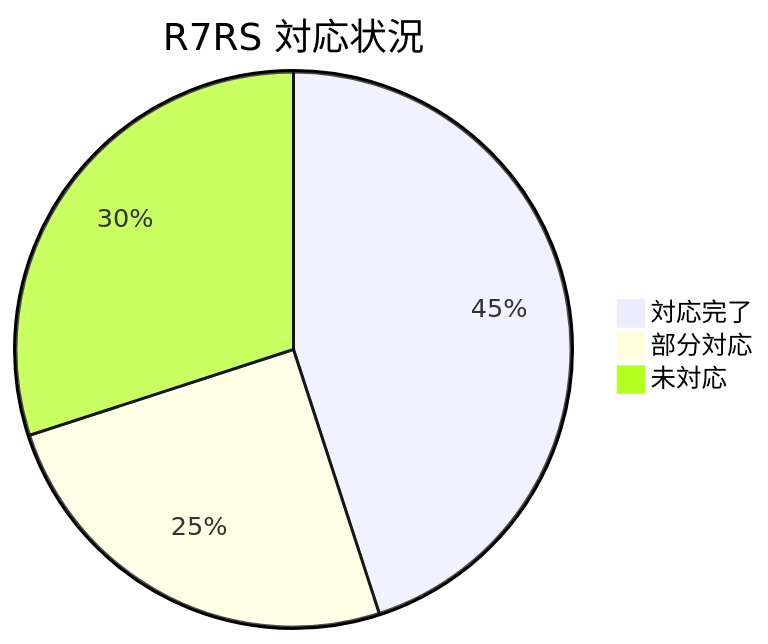
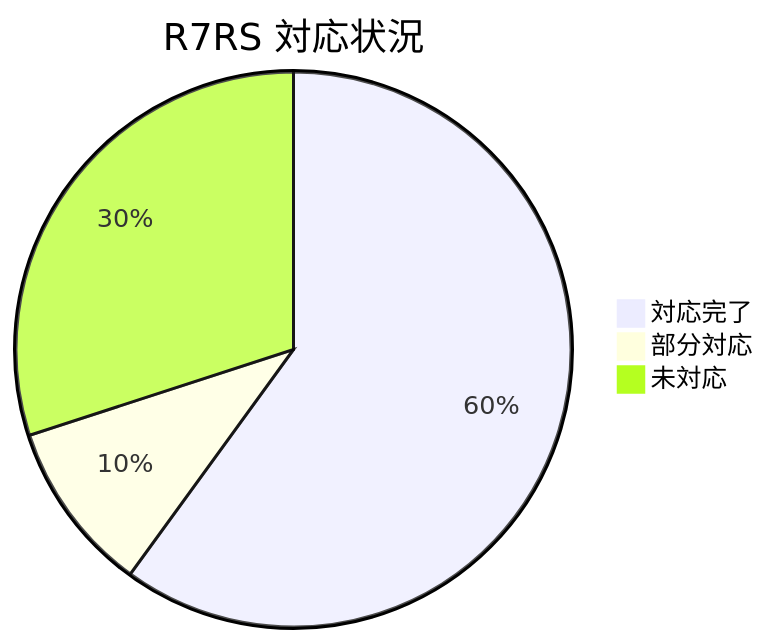
Before and after one commit to suchi/sucheme-go: the diagram in docs/r7rs-compliance.md, drawn with Mermaid. The commit also changed other lines of this file and 11 other files, not shown here.

````diff
--- a/docs/r7rs-compliance.md
+++ b/docs/r7rs-compliance.md
@@ -7,6 +7,6 @@
 ```mermaid
 pie title R7RS 対応状況
-    "対応完了" : 45
-    "部分対応" : 25
+    "対応完了" : 60
+    "部分対応" : 10
     "未対応" : 30
 ```
````
